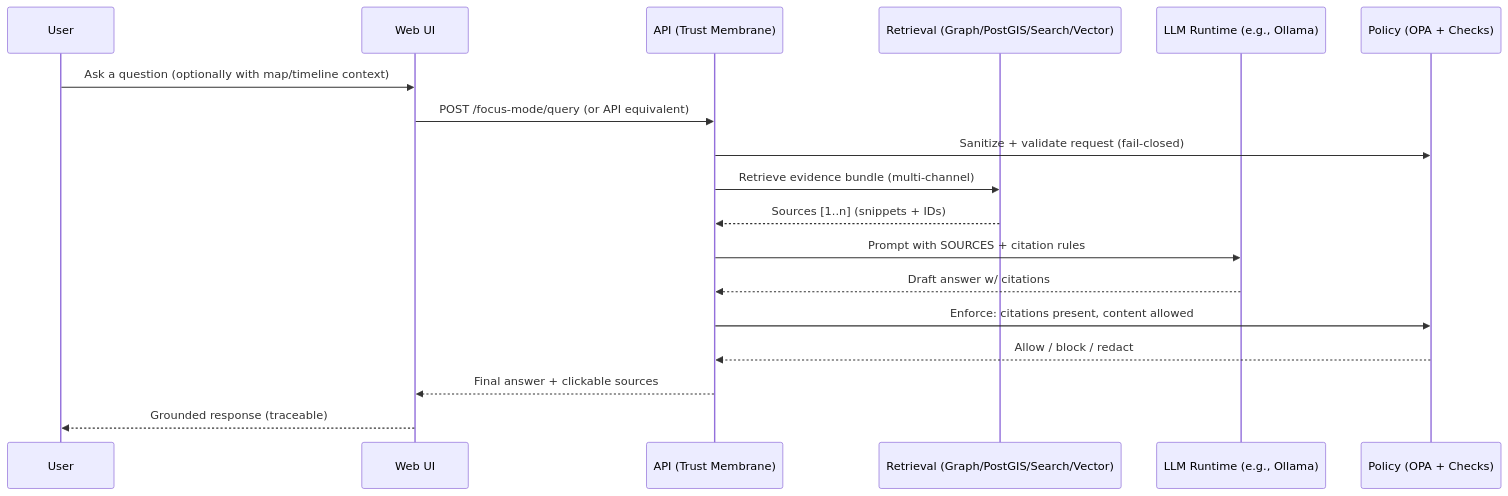
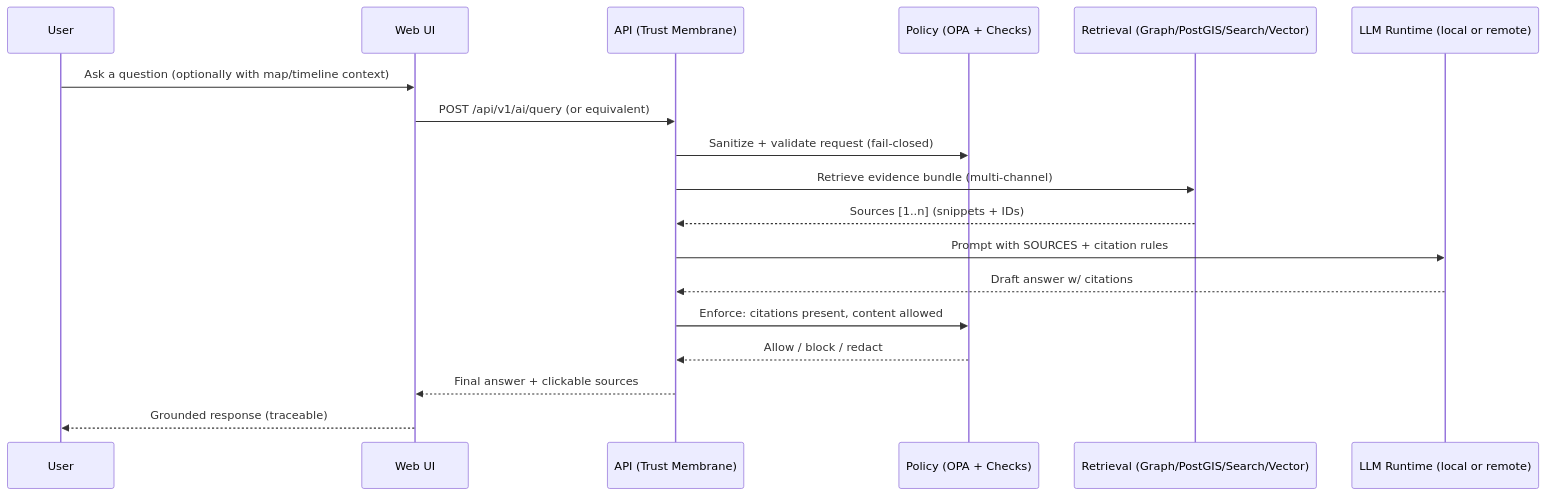
The second of 2 diagrams in README.md (bartytime4life/Kansas-Frontier-Matrix), drawn with Mermaid before and after one commit. The commit also changed other lines of this file, not shown here.

````diff
--- a/README.md
+++ b/README.md
@@ -342,21 +322,21 @@
 ```mermaid
 sequenceDiagram
   participant U as User
   participant UI as Web UI
   participant API as API (Trust Membrane)
+  participant P as Policy (OPA + Checks)
   participant R as Retrieval (Graph/PostGIS/Search/Vector)
-  participant LLM as LLM Runtime (e.g., Ollama)
-  participant P as Policy (OPA + Checks)
+  participant LLM as LLM Runtime (local or remote)
 
   U->>UI: Ask a question (optionally with map/timeline context)
-  UI->>API: POST /focus-mode/query (or API equivalent)
+  UI->>API: POST /api/v1/ai/query (or equivalent)
   API->>P: Sanitize + validate request (fail-closed)
   API->>R: Retrieve evidence bundle (multi-channel)
   R-->>API: Sources [1..n] (snippets + IDs)
   API->>LLM: Prompt with SOURCES + citation rules
   LLM-->>API: Draft answer w/ citations
   API->>P: Enforce: citations present, content allowed
   P-->>API: Allow / block / redact
   API-->>UI: Final answer + clickable sources
   UI-->>U: Grounded response (traceable)
 ```
````
